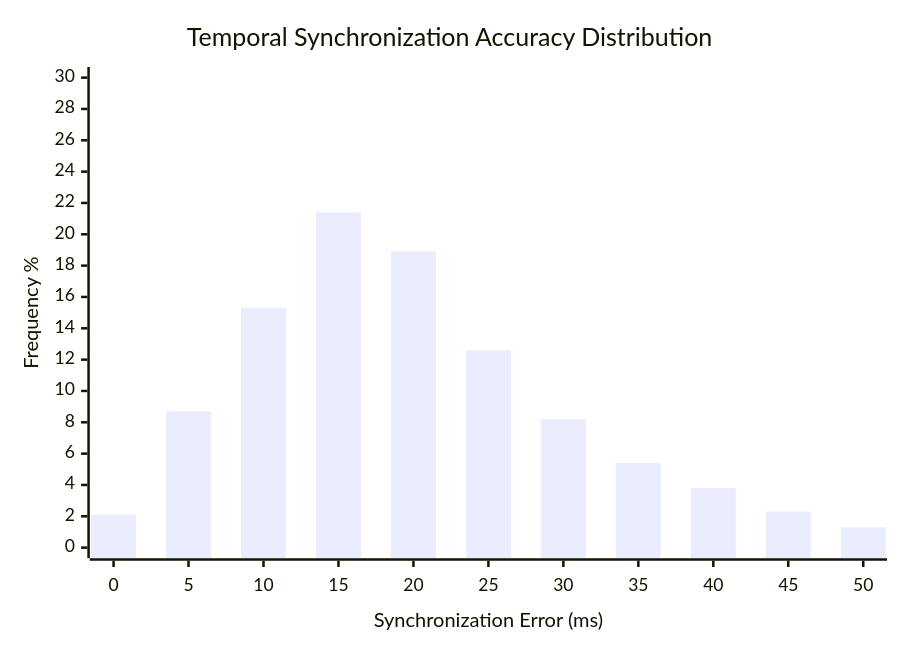
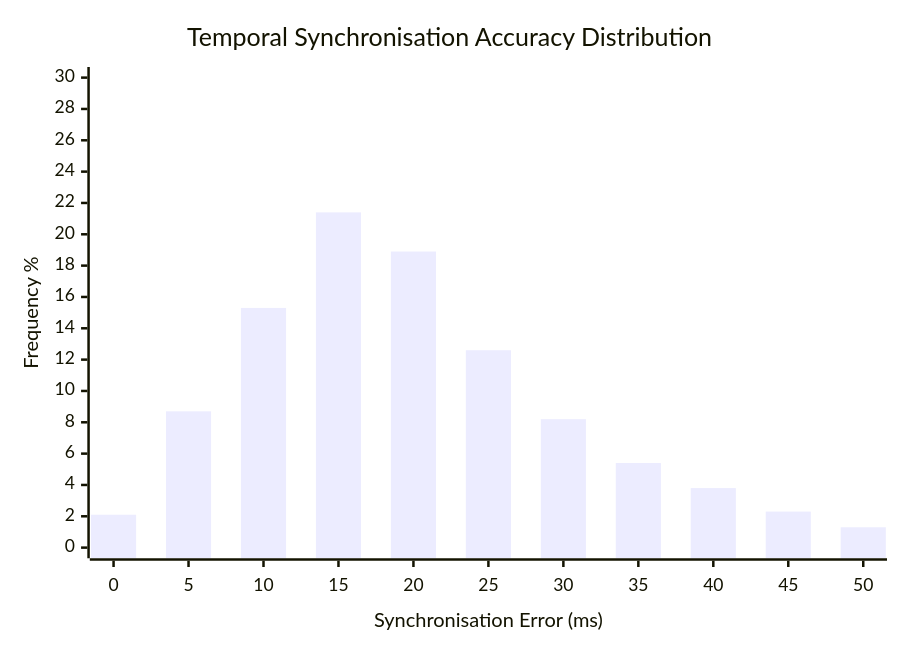
One commit to buccancs/fyp-multi-sensor-recording-system changed the seventh of 8 diagrams in docs/thesis_report/draft_0/chapter_5_testing_and_results_evaluation.md. Above: the diagram before and after it, drawn with Mermaid. The commit also changed other lines of this file and 56 other files, not shown here.

````diff
--- a/docs/thesis_report/draft_0/chapter_5_testing_and_results_evaluation.md
+++ b/docs/thesis_report/draft_0/chapter_5_testing_and_results_evaluation.md
@@ -1603,7 +1603,7 @@
 ```mermaid
 xychart-beta
-    title "Temporal Synchronization Accuracy Distribution"
-    x-axis "Synchronization Error (ms)" [0, 5, 10, 15, 20, 25, 30, 35, 40, 45, 50]
+    title "Temporal Synchronisation Accuracy Distribution"
+    x-axis "Synchronisation Error (ms)" [0, 5, 10, 15, 20, 25, 30, 35, 40, 45, 50]
     y-axis "Frequency %" 0 --> 30
     bar [2.1, 8.7, 15.3, 21.4, 18.9, 12.6, 8.2, 5.4, 3.8, 2.3, 1.3]
 ```
````
